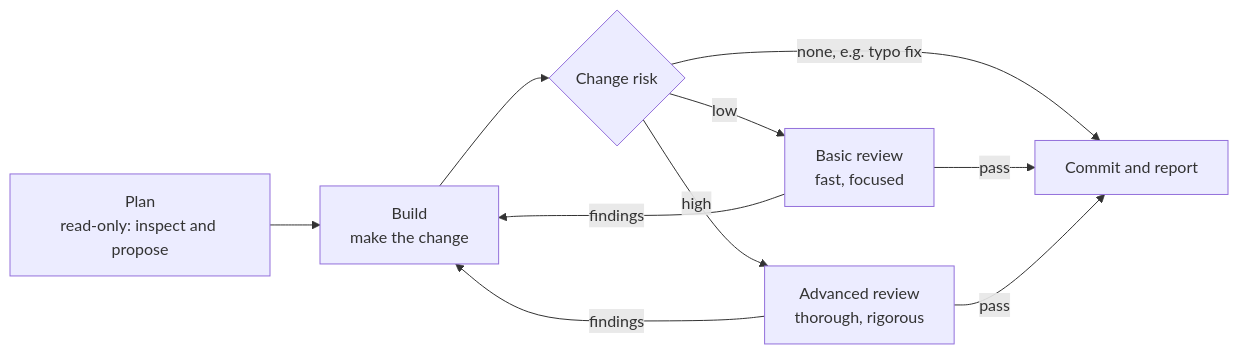
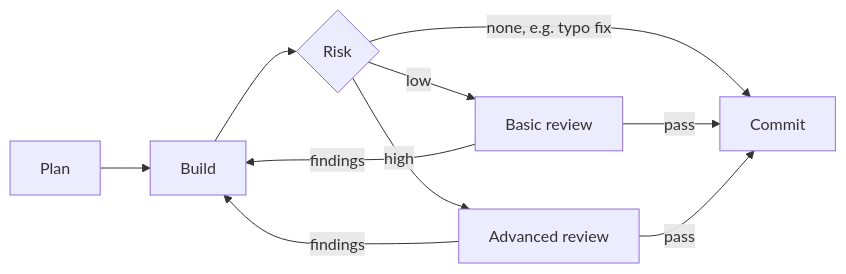
The diagram in docs/11-ai.md (FedericoGianni/docs), drawn with Mermaid before and after one commit.

Commit message:
docs: shorten OpenCode workflow node labels

````diff
--- a/docs/11-ai.md
+++ b/docs/11-ai.md
@@ -28,12 +28,12 @@
 ```mermaid
 flowchart LR
-    PLAN["Plan<br/>read-only: inspect and propose"] --> BUILD["Build<br/>make the change"]
-    BUILD --> RISK{"Change risk"}
-    RISK -->|"none, e.g. typo fix"| DONE["Commit and report"]
-    RISK -->|"low"| BASIC["Basic review<br/>fast, focused"]
-    RISK -->|"high"| ADV["Advanced review<br/>thorough, rigorous"]
+    PLAN["Plan"] --> BUILD["Build"]
+    BUILD --> RISK{"Risk"}
+    RISK -->|"none, e.g. typo fix"| DONE["Commit"]
+    RISK -->|"low"| BASIC["Basic review"]
+    RISK -->|"high"| ADV["Advanced review"]
     BASIC -->|"findings"| BUILD
     ADV -->|"findings"| BUILD
     BASIC -->|"pass"| DONE
     ADV -->|"pass"| DONE
 ```
````
